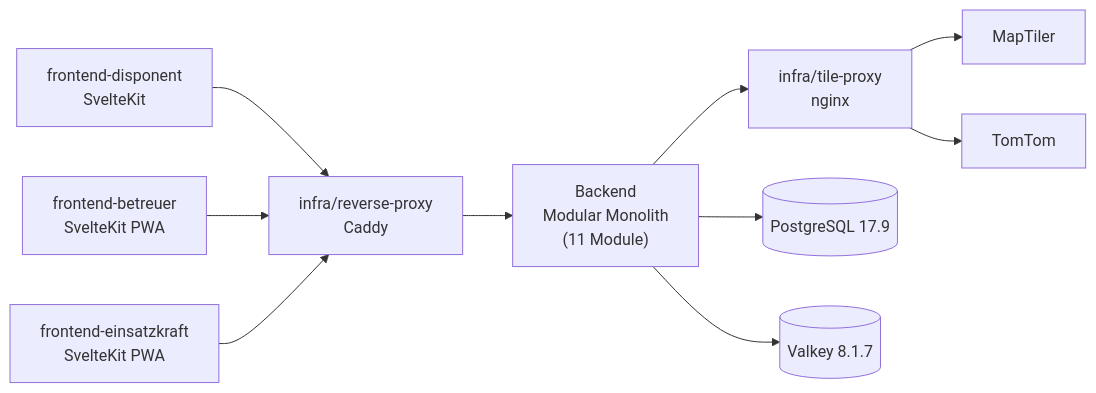
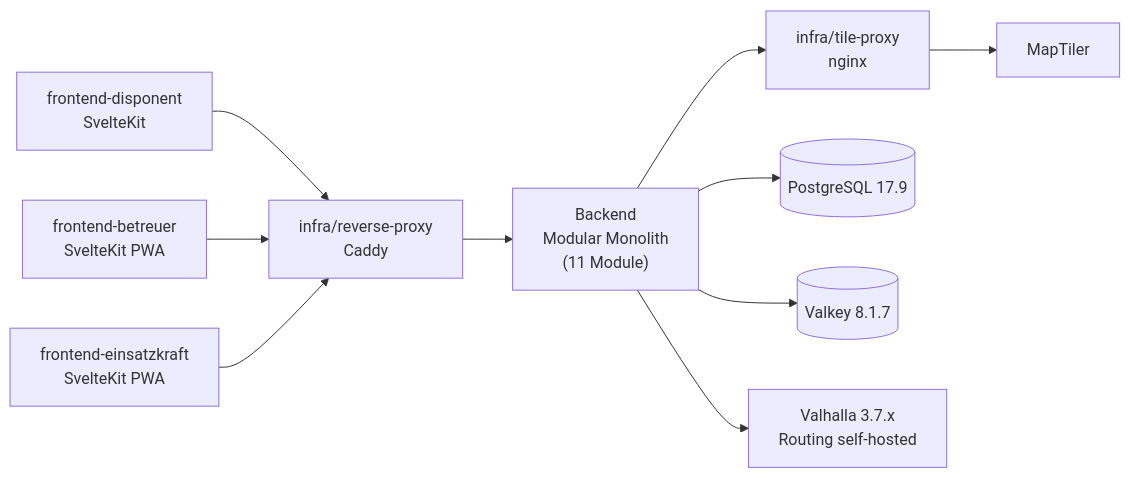
The diagram in README.md (Paddel87/EB-Digital), drawn with Mermaid before and after one commit. The commit also changed other lines of this file and 7 other files, not shown here.

First line of the commit message:
docs: lege ADR-021 an — Routing-Wechsel auf self-hosted Valhalla (Spike G erledigt)

````diff
--- a/README.md
+++ b/README.md
@@ -212,23 +212,23 @@
 ```mermaid
 graph LR
   FD["frontend-disponent<br/>SvelteKit"]
   FB["frontend-betreuer<br/>SvelteKit PWA"]
   FE["frontend-einsatzkraft<br/>SvelteKit PWA"]
   RP["infra/reverse-proxy<br/>Caddy"]
   BE["Backend<br/>Modular Monolith<br/>(11 Module)"]
   TP["infra/tile-proxy<br/>nginx"]
   PG[("PostgreSQL 17.9")]
   VK[("Valkey 8.1.7")]
+  VH["Valhalla 3.7.x<br/>Routing self-hosted"]
   MT[MapTiler]
-  TT[TomTom]
 
   FD --> RP
   FB --> RP
   FE --> RP
   RP --> BE
   BE --> TP
+  BE --> VH
   BE --> PG
   BE --> VK
   TP --> MT
-  TP --> TT
 ```
````
